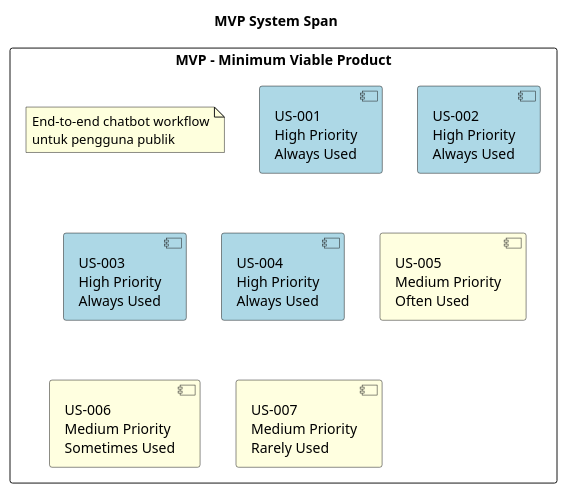
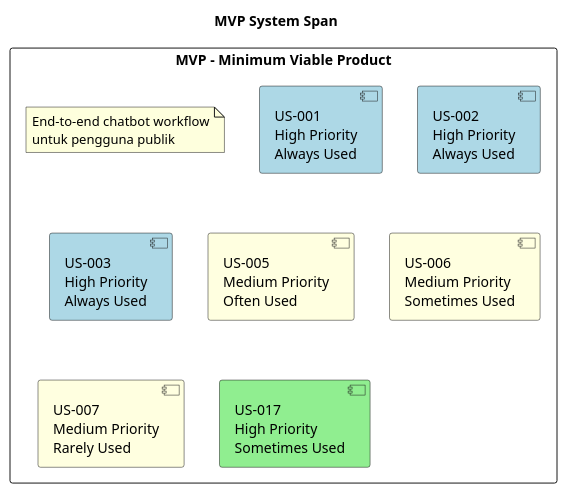
One commit to yudha-tlab/ai-os-knowledge changed the ninth of 12 diagrams in knowledge/projects/dpad-chatbot/source-docs/system-analysis/09_UserStory_Mapping.md. Above: the diagram before and after it, drawn with PlantUML. The commit also changed other lines of this file and 11 other files, not shown here.

````diff
--- a/knowledge/projects/dpad-chatbot/source-docs/system-analysis/09_UserStory_Mapping.md
+++ b/knowledge/projects/dpad-chatbot/source-docs/system-analysis/09_UserStory_Mapping.md
@@ -627,21 +671,21 @@
 ```plantuml
 @startuml
 title MVP System Span
 
 rectangle "MVP - Minimum Viable Product" {
   note as N1
     End-to-end chatbot workflow
     untuk pengguna publik
   end note
 
   [US-001\nHigh Priority\nAlways Used] #LightBlue
   [US-002\nHigh Priority\nAlways Used] #LightBlue
   [US-003\nHigh Priority\nAlways Used] #LightBlue
-  [US-004\nHigh Priority\nAlways Used] #LightBlue
   [US-005\nMedium Priority\nOften Used] #LightYellow
   [US-006\nMedium Priority\nSometimes Used] #LightYellow
   [US-007\nMedium Priority\nRarely Used] #LightYellow
+  [US-017\nHigh Priority\nSometimes Used] #LightGreen
 }
 
 @enduml
 ```
````
